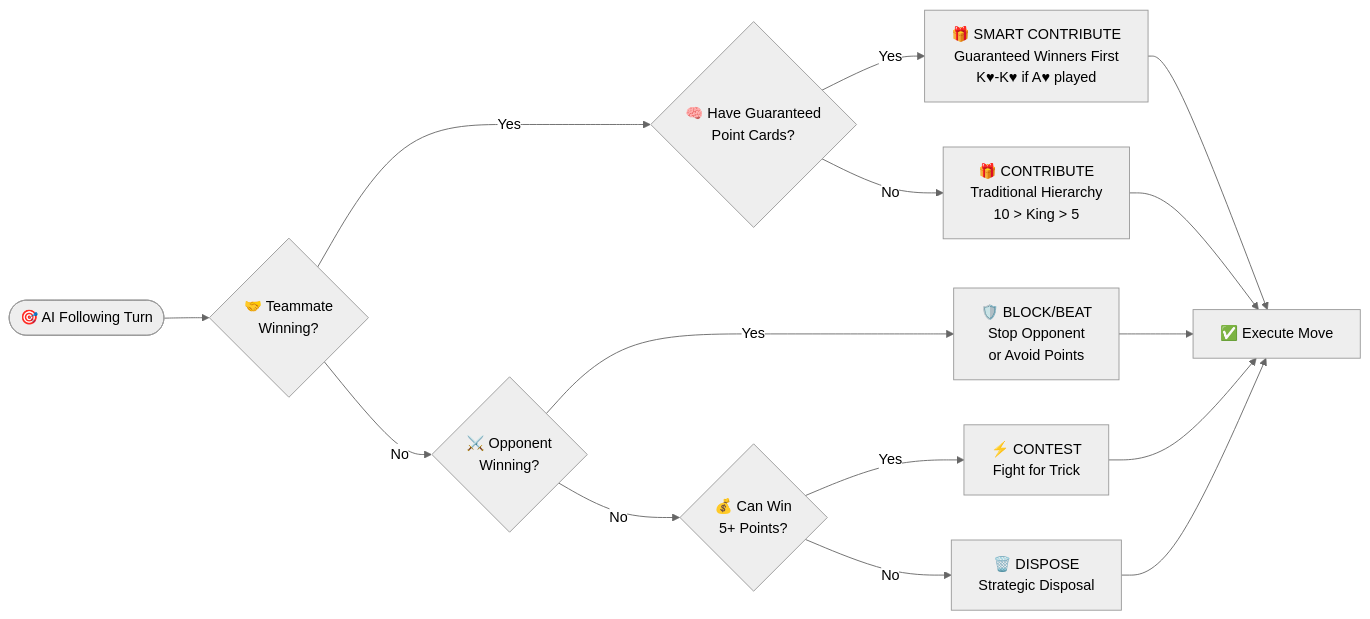
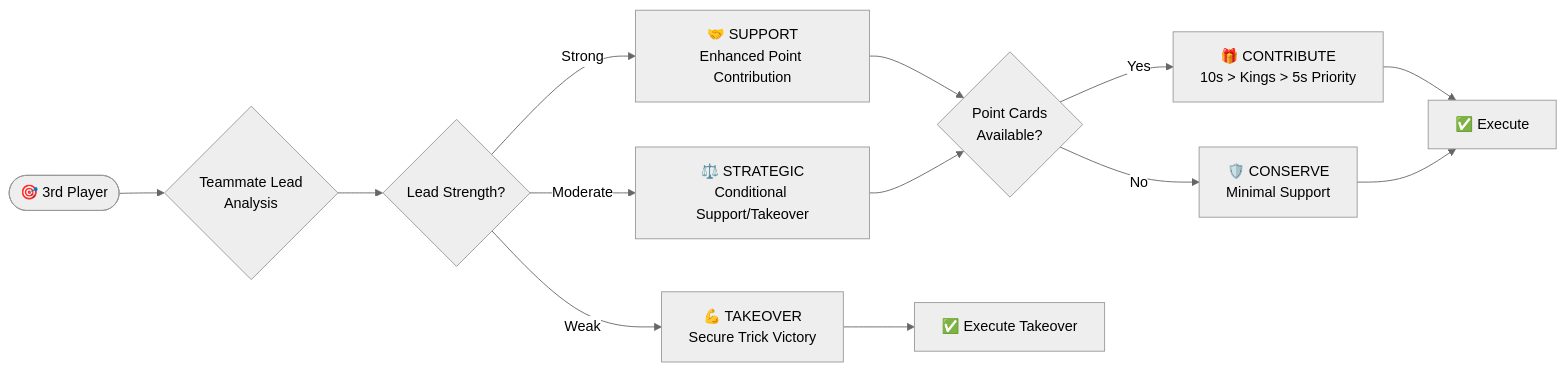
The fourth of 5 diagrams in docs/AI_SYSTEM.md (ejfn/Tractor), drawn with Mermaid (neutral theme) before and after one commit. The commit also changed other lines of this file and 2 other files, not shown here.

````diff
--- a/docs/AI_SYSTEM.md
+++ b/docs/AI_SYSTEM.md
@@ -102,18 +230,18 @@
 ```mermaid
 flowchart LR
-    Start([🎯 AI Following Turn]) --> P1{🤝 Teammate<br/>Winning?}
-    P1 -->|Yes| Memory{🧠 Have Guaranteed<br/>Point Cards?}
-    Memory -->|Yes| SmartContribute[🎁 SMART CONTRIBUTE<br/>Guaranteed Winners First<br/>K♥-K♥ if A♥ played]
-    Memory -->|No| Contribute[🎁 CONTRIBUTE<br/>Traditional Hierarchy<br/>10 > King > 5]
-    P1 -->|No| P2{⚔️ Opponent<br/>Winning?}
-    P2 -->|Yes| Block[🛡️ BLOCK/BEAT<br/>Stop Opponent<br/>or Avoid Points]
-    P2 -->|No| P3{💰 Can Win<br/>5+ Points?}
-    P3 -->|Yes| Contest[⚡ CONTEST<br/>Fight for Trick]
-    P3 -->|No| Dispose[🗑️ DISPOSE<br/>Strategic Disposal]
+    Start([🎯 3rd Player]) --> Analysis{Teammate Lead<br/>Analysis}
+    Analysis --> Strength{Lead Strength?}
+    Strength -->|Strong| Support[🤝 SUPPORT<br/>Enhanced Point Contribution]
+    Strength -->|Moderate| Strategic[⚖️ STRATEGIC<br/>Conditional Support/Takeover]
+    Strength -->|Weak| Takeover[💪 TAKEOVER<br/>Secure Trick Victory]
     
-    SmartContribute --> Return[✅ Execute Move]
-    Contribute --> Return
-    Block --> Return
-    Contest --> Return
-    Dispose --> Return
+    Support --> Points{Point Cards<br/>Available?}
+    Strategic --> Points
+    Takeover --> Execute[✅ Execute Takeover]
+    
+    Points -->|Yes| Contribute[🎁 CONTRIBUTE<br/>10s > Kings > 5s Priority]
+    Points -->|No| Conserve[🛡️ CONSERVE<br/>Minimal Support]
+    
+    Contribute --> Execute2[✅ Execute]
+    Conserve --> Execute2
 ```
````
